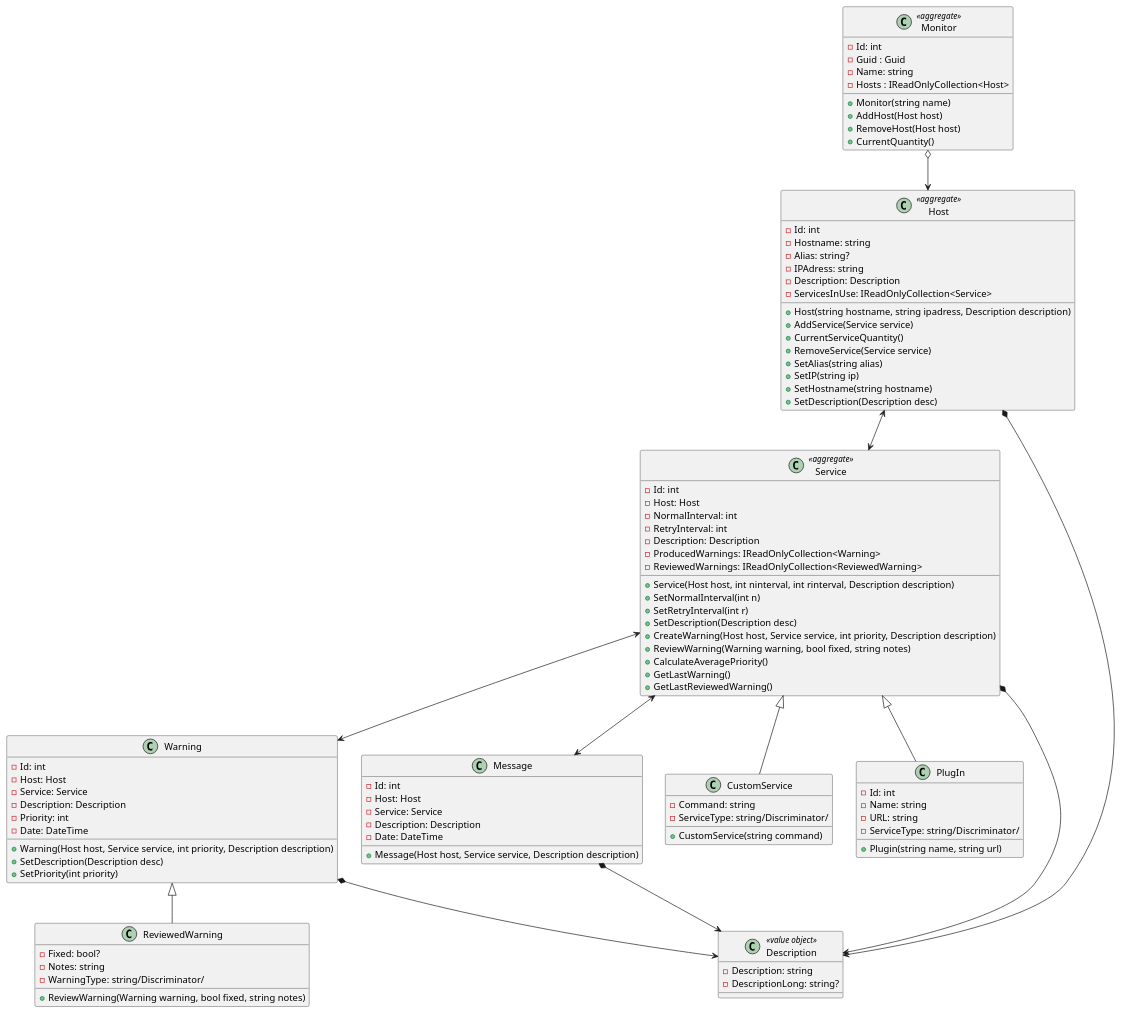
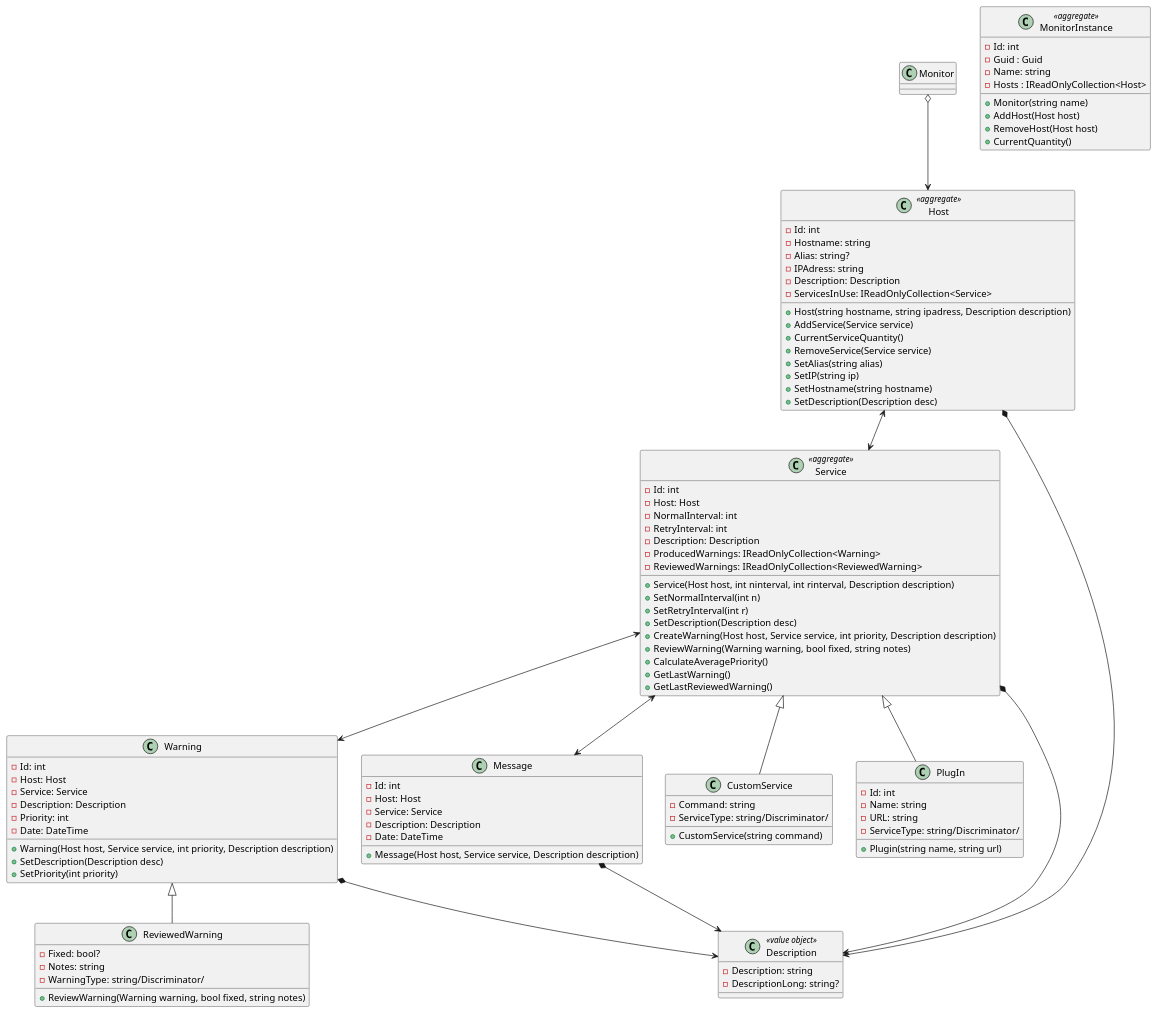
The diagram in ClassDiagram/NetMonitor.puml (pa4ul/NetMonitor), drawn with PlantUML before and after one commit. The commit also changed 22 other files, not shown here.

```diff
--- a/ClassDiagram/NetMonitor.puml
+++ b/ClassDiagram/NetMonitor.puml
@@ -1,110 +1,110 @@
 @startuml
 
-class Monitor <<aggregate>>{
+class MonitorInstance <<aggregate>>{
     - Id: int
     - Guid : Guid
     - Name: string
     - Hosts : IReadOnlyCollection<Host>
     + Monitor(string name)
     + AddHost(Host host)
     + RemoveHost(Host host)
     + CurrentQuantity()
 }
 class Message{
     -Id: int
     -Host: Host
     -Service: Service
     -Description: Description
     -Date: DateTime
     +Message(Host host, Service service, Description description)
 }
 class Host <<aggregate>>{
     -Id: int
     -Hostname: string
     -Alias: string?
     -IPAdress: string
     -Description: Description
     -ServicesInUse: IReadOnlyCollection<Service>
     +Host(string hostname, string ipadress, Description description)
     +AddService(Service service)
     +CurrentServiceQuantity()
     +RemoveService(Service service)
     +SetAlias(string alias)
     +SetIP(string ip)
     +SetHostname(string hostname)
     +SetDescription(Description desc)
 }
 class Service<<aggregate>>{
     -Id: int
     -Host: Host
     -NormalInterval: int
     -RetryInterval: int
     -Description: Description
     -ProducedWarnings: IReadOnlyCollection<Warning>
     -ReviewedWarnings: IReadOnlyCollection<ReviewedWarning>
     +Service(Host host, int ninterval, int rinterval, Description description)
     +SetNormalInterval(int n)
     +SetRetryInterval(int r)
     +SetDescription(Description desc)
     +CreateWarning(Host host, Service service, int priority, Description description)
     +ReviewWarning(Warning warning, bool fixed, string notes)
     +CalculateAveragePriority()
     +GetLastWarning()
     +GetLastReviewedWarning()
 
 }
 
 class CustomService{
     -Command: string
     -ServiceType: string/Discriminator/
     +CustomService(string command)
 }
 
 class PlugIn{
     -Id: int
     -Name: string
     -URL: string
     -ServiceType: string/Discriminator/
     +Plugin(string name, string url)
 }
 
 class Description <<value object>>{
     -Description: string
     -DescriptionLong: string?
 }
 
 class Warning{
     -Id: int
     -Host: Host
     -Service: Service
     -Description: Description
     -Priority: int
     -Date: DateTime
     +Warning(Host host, Service service, int priority, Description description)
     +SetDescription(Description desc)
     +SetPriority(int priority)
     
 }
 
 class ReviewedWarning{
     -Fixed: bool?
     -Notes: string
     -WarningType: string/Discriminator/
     +ReviewWarning(Warning warning, bool fixed, string notes)
 }
 
 
 
 ReviewedWarning -up-|> Warning
 CustomService -up-|> Service
 PlugIn -up-|> Service
 Host *--> Description
 Service *--> Description
 Warning *--> Description
 Message *--> Description
 Host <--> Service
 Monitor o--> Host
 Service <--> Warning
 Service <--> Message
 
 @enduml
```
